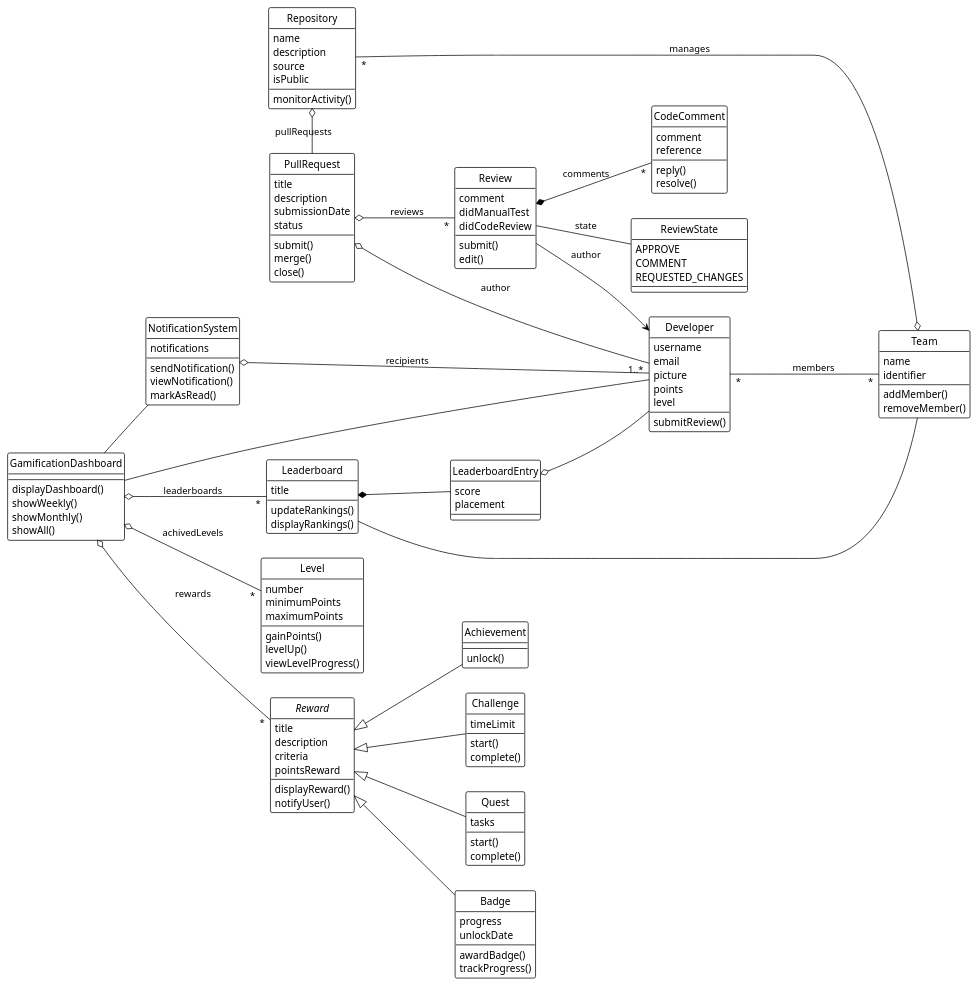
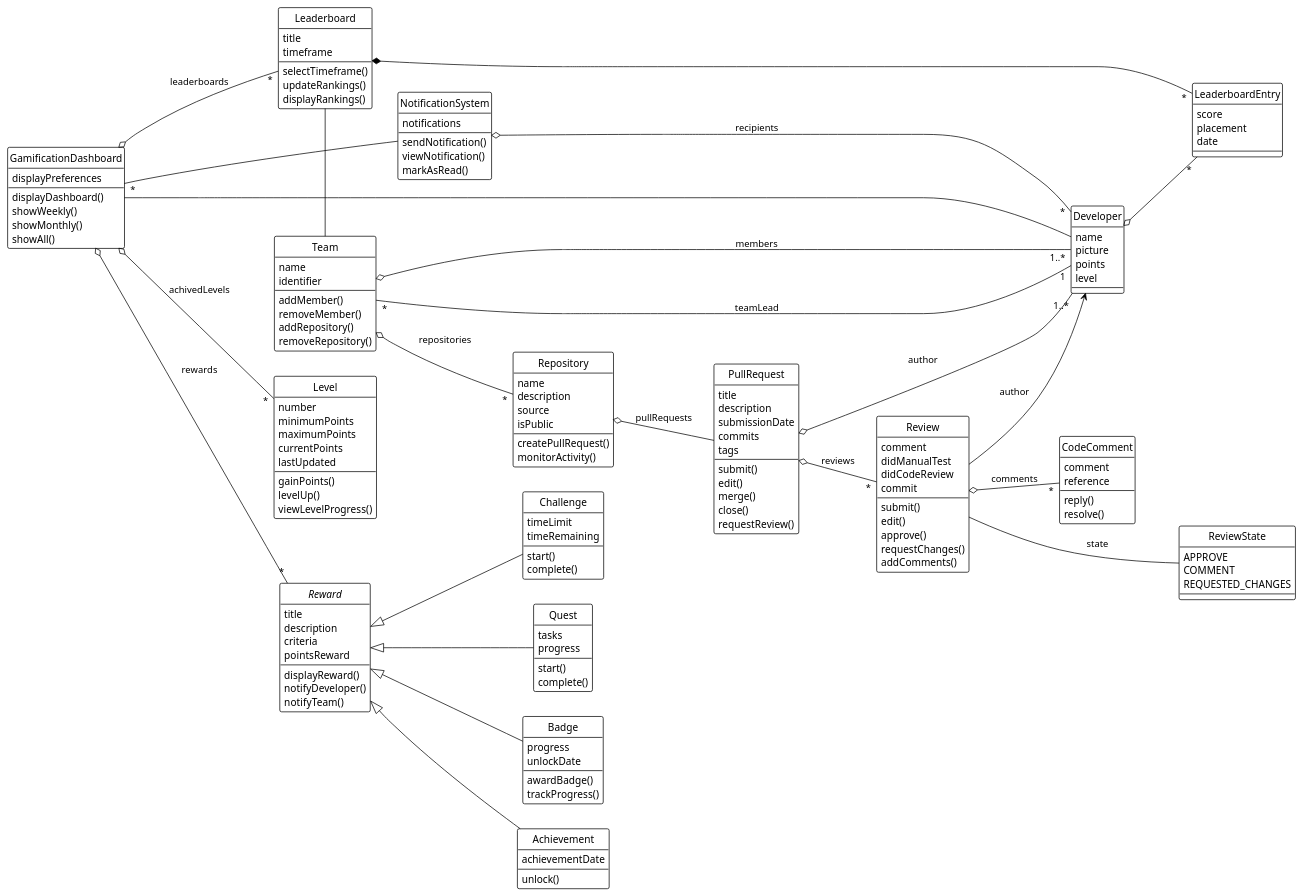
One commit to ls1intum/Hephaestus changed the diagram in docs/system/gamification/aom.puml. Above: the diagram before and after it, drawn with PlantUML.

Commit message:
update aom

```diff
--- a/docs/system/gamification/aom.puml
+++ b/docs/system/gamification/aom.puml
@@ -1,155 +1,174 @@
 @startuml
 !theme plain
 hide circle
 left to right direction
 skinparam backgroundColor transparent
 
 class Developer {
-  username
-  email
+  name
   picture
   points
   level
-  submitReview()
 }
 
 class Team {
   name
   identifier
   addMember()
   removeMember()
+  addRepository()
+  removeRepository()
 }
 
 class Repository {
   name
   description
   source
   isPublic
+  createPullRequest()
   monitorActivity()
 }
 
 class PullRequest {
   title
   description
   submissionDate
-  status
+  commits
+  tags
   submit()
+  edit()
   merge()
   close()
+  requestReview()
 }
 
 class Review {
   comment
   didManualTest
   didCodeReview
+  commit
   submit()
   edit()
+  approve()
+  requestChanges()
+  addComments()
 }
 
 class CodeComment {
   comment
   reference
   reply()
   resolve()
 }
 
 enum ReviewState {
   APPROVE
   COMMENT
   REQUESTED_CHANGES
 }
 
 class Leaderboard {
   title
+  timeframe
+  selectTimeframe()
   updateRankings()
   displayRankings()
 }
 
 class LeaderboardEntry {
   score
   placement
+  date
 }
 
 class Level {
   number
   minimumPoints
   maximumPoints
+  currentPoints
+  lastUpdated
   gainPoints()
   levelUp()
   viewLevelProgress()
 }
 
 abstract class Reward {
   title
   description
   criteria
   pointsReward
   displayReward()
-  notifyUser()
+  notifyDeveloper()
+  notifyTeam()
 }
 
 class Badge {
   progress
   unlockDate
   awardBadge()
   trackProgress()
 }
 
 class Achievement {
+  achievementDate
   unlock()
 }
 
 class Challenge {
   timeLimit
+  timeRemaining
   start()
   complete()
 }
 
 class Quest {
   tasks
+  progress
   start()
   complete()
 }
 
 class NotificationSystem {
   notifications
   sendNotification()
   viewNotification()
   markAsRead()
 }
 
-
 class GamificationDashboard { 
+  displayPreferences
   displayDashboard()
   showWeekly()
   showMonthly()
   showAll()
 }
 
 
-Repository o- PullRequest: pullRequests
-Team o--- "*" Repository: manages
-Developer "*" --- "*" Team: members
+Team o- "1..*" Developer: members
+Team "*" - "1" Developer: teamLead
+
+Repository o-- PullRequest: pullRequests
+Team o-- "*" Repository: repositories
 PullRequest o-- "1..*" Developer: author
 Review --> Developer: author
-Review *-- "*" CodeComment: comments
+Review o-- "*" CodeComment: comments
 PullRequest o-- "*" Review: reviews
-Review -- ReviewState: state
+Review --- ReviewState: state
 
-Leaderboard -- Team
-Leaderboard *-- LeaderboardEntry
-LeaderboardEntry o-- Developer
+Leaderboard - Team
+Leaderboard *- "*" LeaderboardEntry
+Developer o-- "*" LeaderboardEntry
 
 Reward <|-- Badge
 Reward <|-- Achievement
 Reward <|-- Challenge
 Reward <|-- Quest
 
-GamificationDashboard -- Developer
-GamificationDashboard o-- "*" Leaderboard: leaderboards
-GamificationDashboard o-- "*" Reward: rewards
-GamificationDashboard o-- "*" Level: achivedLevels
-GamificationDashboard - NotificationSystem
-NotificationSystem o-- Developer: recipients
+GamificationDashboard ---- Developer
+GamificationDashboard o--- "*" Leaderboard: leaderboards
+GamificationDashboard o--- "*" Reward: rewards
+GamificationDashboard o--- "*" Level: achivedLevels
+GamificationDashboard "*" --- NotificationSystem
+NotificationSystem o- "*" Developer: recipients
 
 @enduml
```
